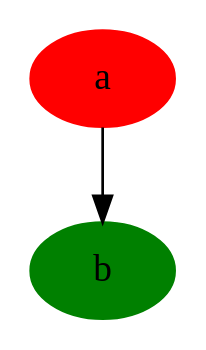
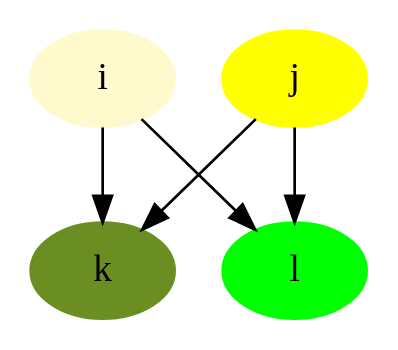
Before and after one commit to graphviz-perl/GraphViz2-Marpa-PathUtils: the diagram in data/path.set.01.out.003.gv, drawn with Graphviz. The commit also changed 8 other files, not shown here.

```diff
--- a/data/path.set.01.out.003.gv
+++ b/data/path.set.01.out.003.gv
@@ -1,23 +1,27 @@
 strict digraph path_set_01
 {
-	a[ color = "red" style = "filled"]
-	b[ color = "green" style = "filled"]
-	a -> b
-	{
-
-	}
 
 	{
 
 	}
 
 	{
 
 	}
+	i[ color = "lemonchiffon" style = "filled"]
+	j[ color = "yellow" style = "filled"]
+	k[ color = "olivedrab" style = "filled"]
+	l[ color = "lime" style = "filled"]
+
+	{
+		i
+		j
+	}
  ->
 	
 	{
-
+		k
+		l
 	}
 
 }
```
